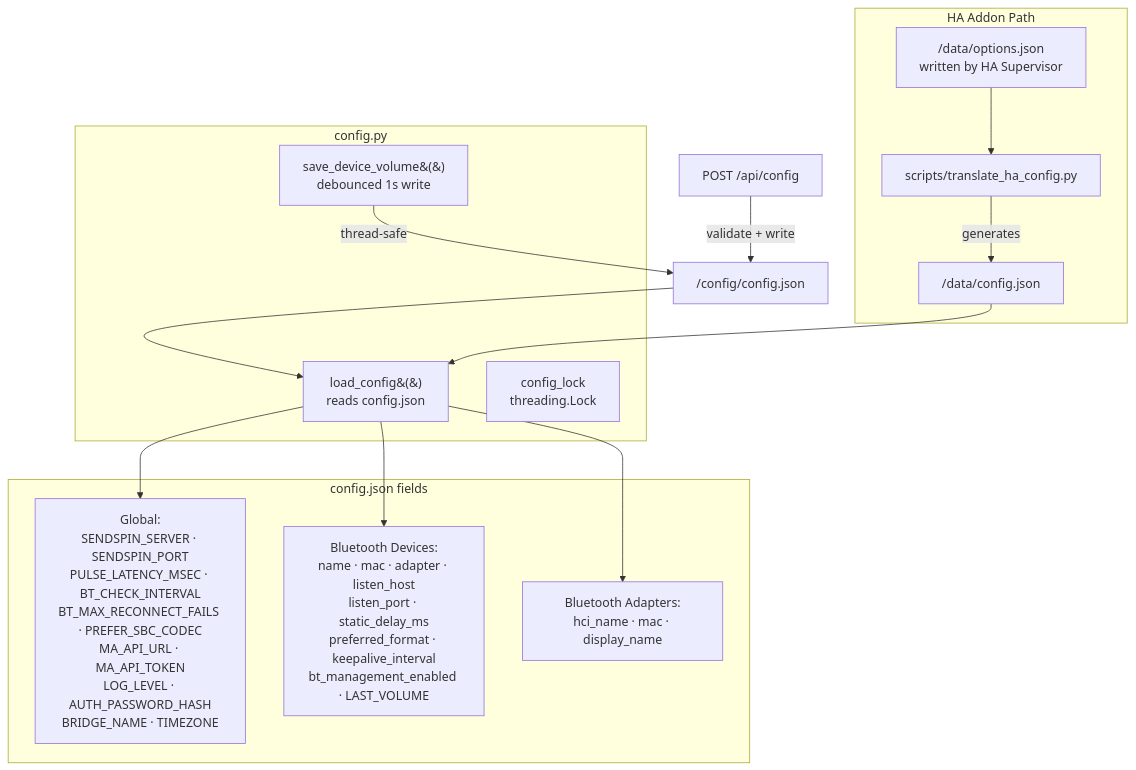
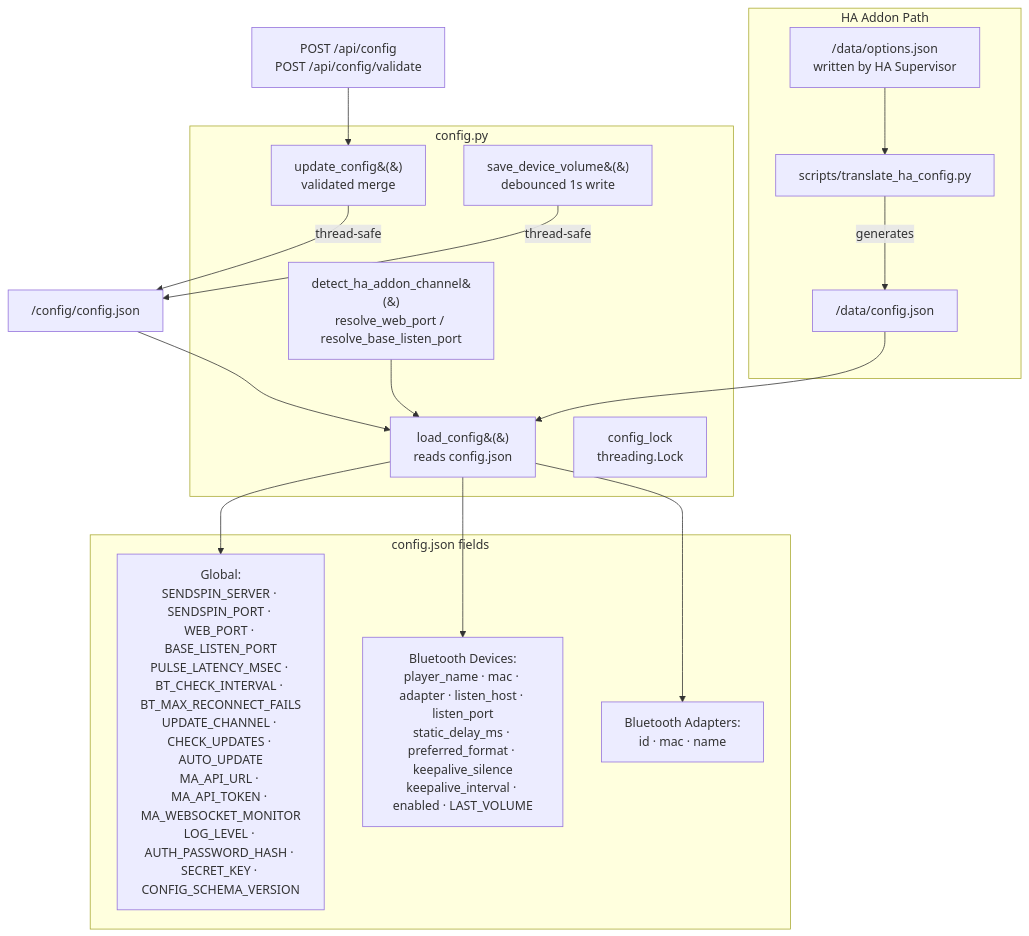
Before and after one commit to trudenboy/sendspin-bt-bridge: diagram 14 of 25 in docs-site/src/content/docs/architecture.md, drawn with Mermaid. The commit also changed other lines of this file and 49 other files, not shown here.

````diff
--- a/docs-site/src/content/docs/architecture.md
+++ b/docs-site/src/content/docs/architecture.md
@@ -563,29 +587,33 @@
 ```mermaid
 graph TD
     subgraph "config.py"
         LOAD[load_config&#40;&#41;<br/>reads config.json]
         SAVE[save_device_volume&#40;&#41;<br/>debounced 1s write]
+        UPDATE[update_config&#40;&#41;<br/>validated merge]
+        PORTS[detect_ha_addon_channel&#40;&#41;<br/>resolve_web_port / resolve_base_listen_port]
         LOCK[config_lock<br/>threading.Lock]
     end
 
     subgraph "config.json fields"
-        GLOBAL[Global:<br/>SENDSPIN_SERVER · SENDSPIN_PORT<br/>PULSE_LATENCY_MSEC · BT_CHECK_INTERVAL<br/>BT_MAX_RECONNECT_FAILS · PREFER_SBC_CODEC<br/>MA_API_URL · MA_API_TOKEN<br/>LOG_LEVEL · AUTH_PASSWORD_HASH<br/>BRIDGE_NAME · TIMEZONE]
-        DEVICES[Bluetooth Devices:<br/>name · mac · adapter · listen_host<br/>listen_port · static_delay_ms<br/>preferred_format · keepalive_interval<br/>bt_management_enabled · LAST_VOLUME]
-        ADAPTERS[Bluetooth Adapters:<br/>hci_name · mac · display_name]
+        GLOBAL[Global:<br/>SENDSPIN_SERVER · SENDSPIN_PORT · WEB_PORT · BASE_LISTEN_PORT<br/>PULSE_LATENCY_MSEC · BT_CHECK_INTERVAL · BT_MAX_RECONNECT_FAILS<br/>UPDATE_CHANNEL · CHECK_UPDATES · AUTO_UPDATE<br/>MA_API_URL · MA_API_TOKEN · MA_WEBSOCKET_MONITOR<br/>LOG_LEVEL · AUTH_PASSWORD_HASH · SECRET_KEY · CONFIG_SCHEMA_VERSION]
+        DEVICES[Bluetooth Devices:<br/>player_name · mac · adapter · listen_host · listen_port<br/>static_delay_ms · preferred_format · keepalive_silence<br/>keepalive_interval · enabled · LAST_VOLUME]
+        ADAPTERS[Bluetooth Adapters:<br/>id · mac · name]
     end
 
     JSON["/config/config.json"] --> LOAD
     LOAD --> GLOBAL
     LOAD --> DEVICES
     LOAD --> ADAPTERS
-    BP_API[POST /api/config] -->|validate + write| JSON
+    BP_CFG[POST /api/config<br/>POST /api/config/validate] --> UPDATE
+    UPDATE -->|thread-safe| JSON
     SAVE -->|thread-safe| JSON
+    PORTS --> LOAD
 
     subgraph "HA Addon Path"
         HA_OPT["/data/options.json<br/>written by HA Supervisor"]
         HA_SCRIPT[scripts/translate_ha_config.py]
         HA_OPT --> HA_SCRIPT
         HA_SCRIPT -->|generates| HA_JSON["/data/config.json"]
         HA_JSON --> LOAD
     end
 ```
````
